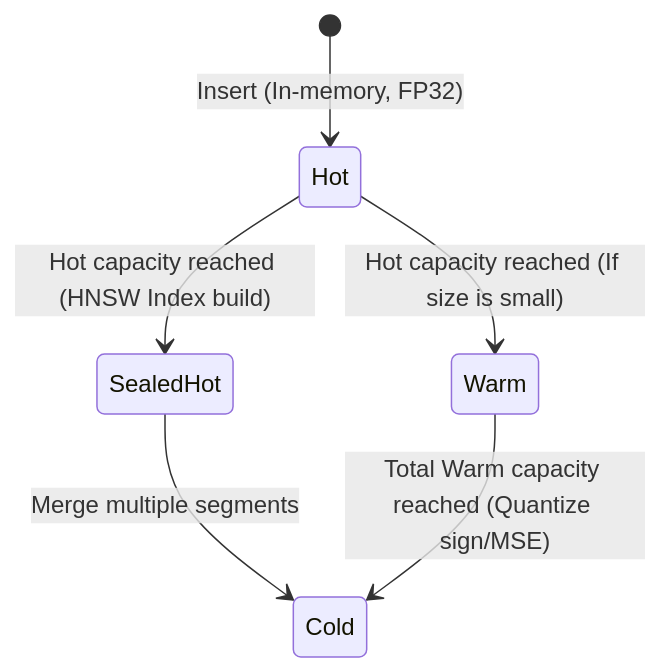
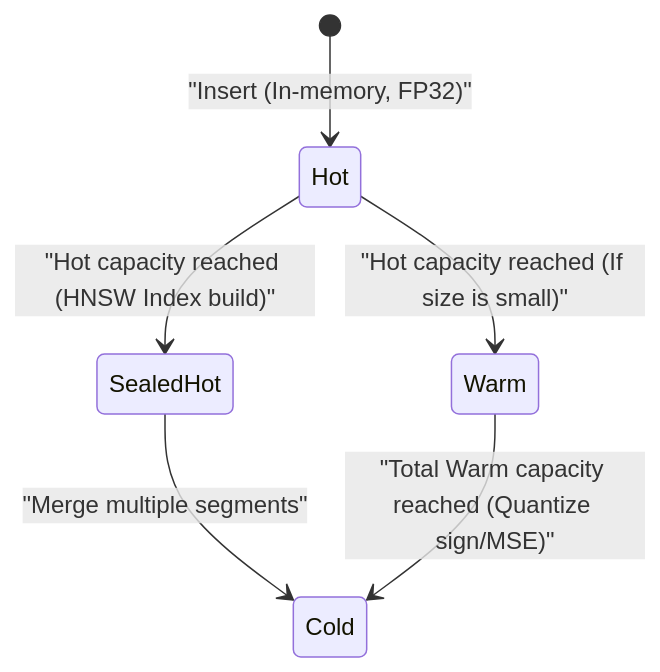
Before and after one commit to jatin711-debug/TurboSupermemory: the third of 3 diagrams in docs/storage_persistence.md, drawn with Mermaid. The commit also changed other lines of this file and 7 other files, not shown here.

````diff
--- a/docs/storage_persistence.md
+++ b/docs/storage_persistence.md
@@ -106,8 +114,8 @@
 ```mermaid
 stateDiagram-v2
-    [*] --> Hot : Insert (In-memory, FP32)
-    Hot --> SealedHot : Hot capacity reached (HNSW Index build)
-    Hot --> Warm : Hot capacity reached (If size is small)
-    SealedHot --> Cold : Merge multiple segments
-    Warm --> Cold : Total Warm capacity reached (Quantize sign/MSE)
+    [*] --> Hot : "Insert (In-memory, FP32)"
+    Hot --> SealedHot : "Hot capacity reached (HNSW Index build)"
+    Hot --> Warm : "Hot capacity reached (If size is small)"
+    SealedHot --> Cold : "Merge multiple segments"
+    Warm --> Cold : "Total Warm capacity reached (Quantize sign/MSE)"
 ```
````
